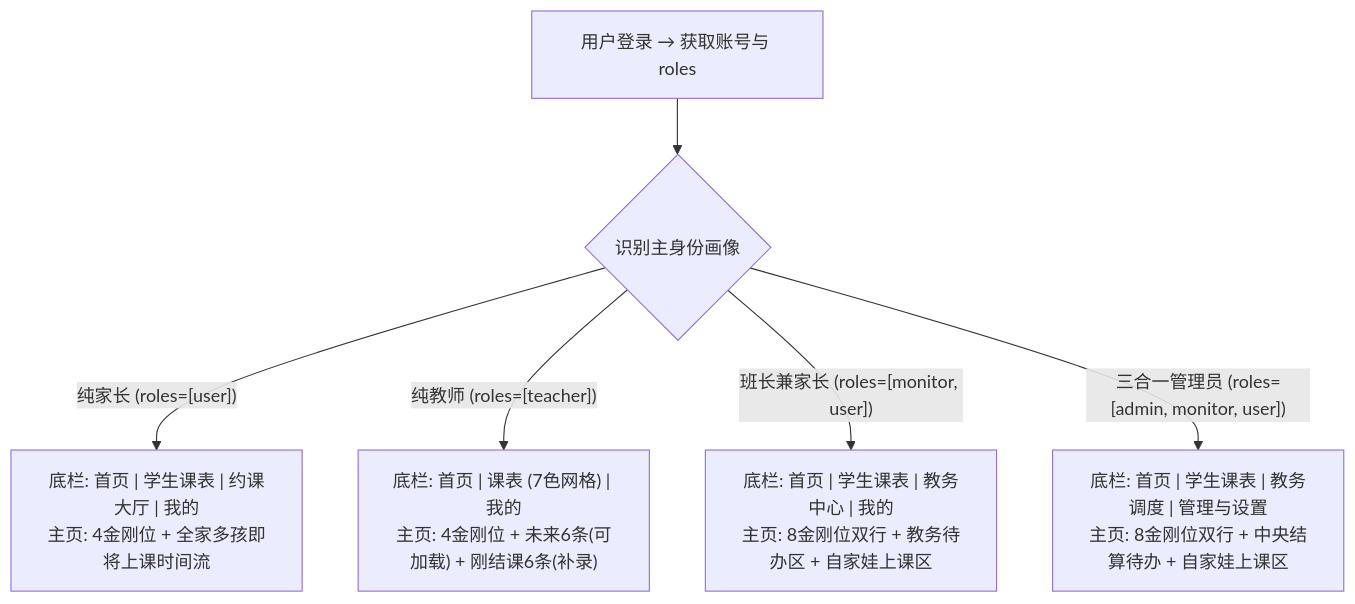
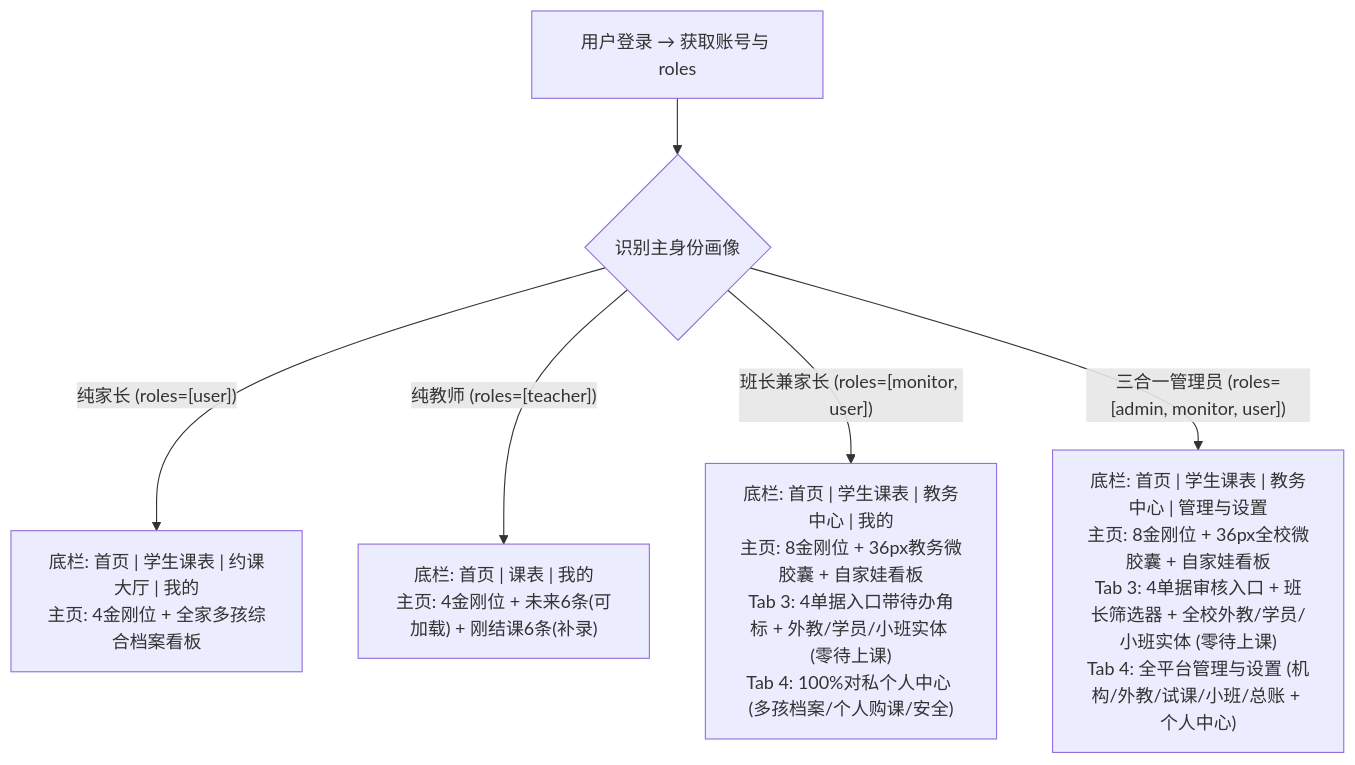
One commit to Onezao/dream changed the diagram in docs/prd/m0_workspace_and_home.md. Above: the diagram before and after it, drawn with Mermaid. The commit also changed other lines of this file and 32 other files, not shown here.

````diff
--- a/docs/prd/m0_workspace_and_home.md
+++ b/docs/prd/m0_workspace_and_home.md
@@ -145,8 +147,8 @@
 ```mermaid
 flowchart TD
     Login["用户登录 → 获取账号与 roles"] --> Identify{"识别主身份画像"}
-    Identify -->|"纯家长 (roles=[user])"| PNav["底栏: 首页 | 学生课表 | 约课大厅 | 我的<br/>主页: 4金刚位 + 全家多孩即将上课时间流"]
-    Identify -->|"纯教师 (roles=[teacher])"| TNav["底栏: 首页 | 课表 (7色网格) | 我的<br/>主页: 4金刚位 + 未来6条(可加载) + 刚结课6条(补录)"]
-    Identify -->|"班长兼家长 (roles=[monitor, user])"| MNav["底栏: 首页 | 学生课表 | 教务中心 | 我的<br/>主页: 8金刚位双行 + 教务待办区 + 自家娃上课区"]
-    Identify -->|"三合一管理员 (roles=[admin, monitor, user])"| ANav["底栏: 首页 | 学生课表 | 教务调度 | 管理与设置<br/>主页: 8金刚位双行 + 中央结算待办 + 自家娃上课区"]
+    Identify -->|"纯家长 (roles=[user])"| PNav["底栏: 首页 | 学生课表 | 约课大厅 | 我的<br/>主页: 4金刚位 + 全家多孩综合档案看板"]
+    Identify -->|"纯教师 (roles=[teacher])"| TNav["底栏: 首页 | 课表 | 我的<br/>主页: 4金刚位 + 未来6条(可加载) + 刚结课6条(补录)"]
+    Identify -->|"班长兼家长 (roles=[monitor, user])"| MNav["底栏: 首页 | 学生课表 | 教务中心 | 我的<br/>主页: 8金刚位 + 36px教务微胶囊 + 自家娃看板<br/>Tab 3: 4单据入口带待办角标 + 外教/学员/小班实体 (零待上课)<br/>Tab 4: 100%对私个人中心 (多孩档案/个人购课/安全)"]
+    Identify -->|"三合一管理员 (roles=[admin, monitor, user])"| ANav["底栏: 首页 | 学生课表 | 教务中心 | 管理与设置<br/>主页: 8金刚位 + 36px全校微胶囊 + 自家娃看板<br/>Tab 3: 4单据审核入口 + 班长筛选器 + 全校外教/学员/小班实体 (零待上课)<br/>Tab 4: 全平台管理与设置 (机构/外教/试课/小班/总账 + 个人中心)"]
 ```
````
